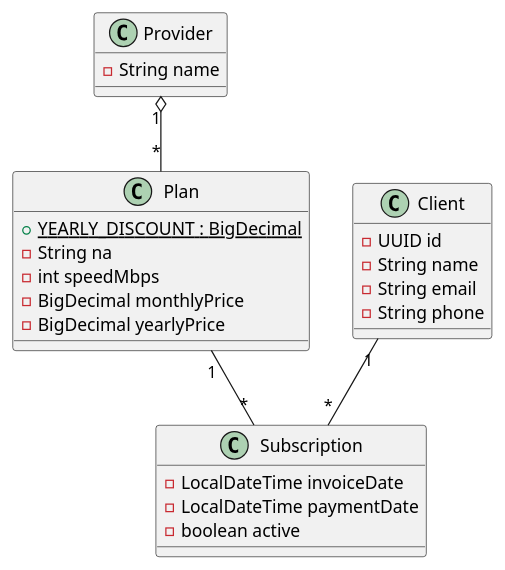
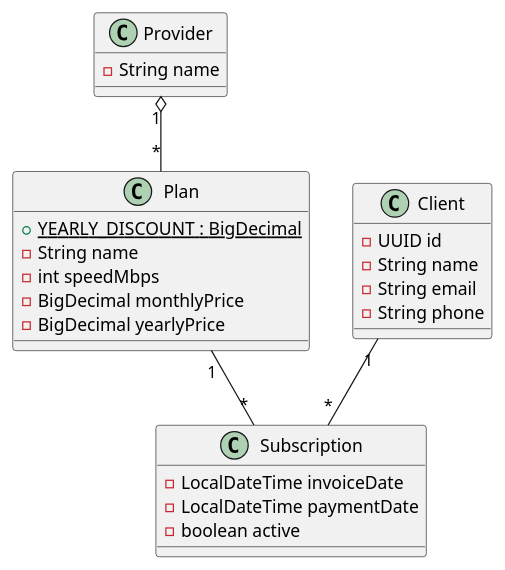
Before and after one commit to dcapote92/net_provider: the diagram in docs/ClassDiagram.puml, drawn with PlantUML. The commit also changed 1 other file, not shown here.

Commit message:
fix: uml plan name var

```diff
--- a/docs/ClassDiagram.puml
+++ b/docs/ClassDiagram.puml
@@ -1,36 +1,36 @@
 @startuml
 'https://plantuml.com/class-diagram
 
 class Provider{
     - String name
 }
 
 class Plan{
     + {static} YEARLY_DISCOUNT : BigDecimal
-    - String na
+    - String name
     - int speedMbps
     - BigDecimal monthlyPrice
     - BigDecimal yearlyPrice
 }
 
 class Client{
     - UUID id
     - String name
     - String email
     - String phone
 }
 
 class Subscription{
     - LocalDateTime invoiceDate
     - LocalDateTime paymentDate
     - boolean active
 
 }
 
 
 Provider "1" o-- "*"  Plan
 Client "1" -- "*" Subscription
 Plan "1" -- "*" Subscription
 
 
 @enduml
```
